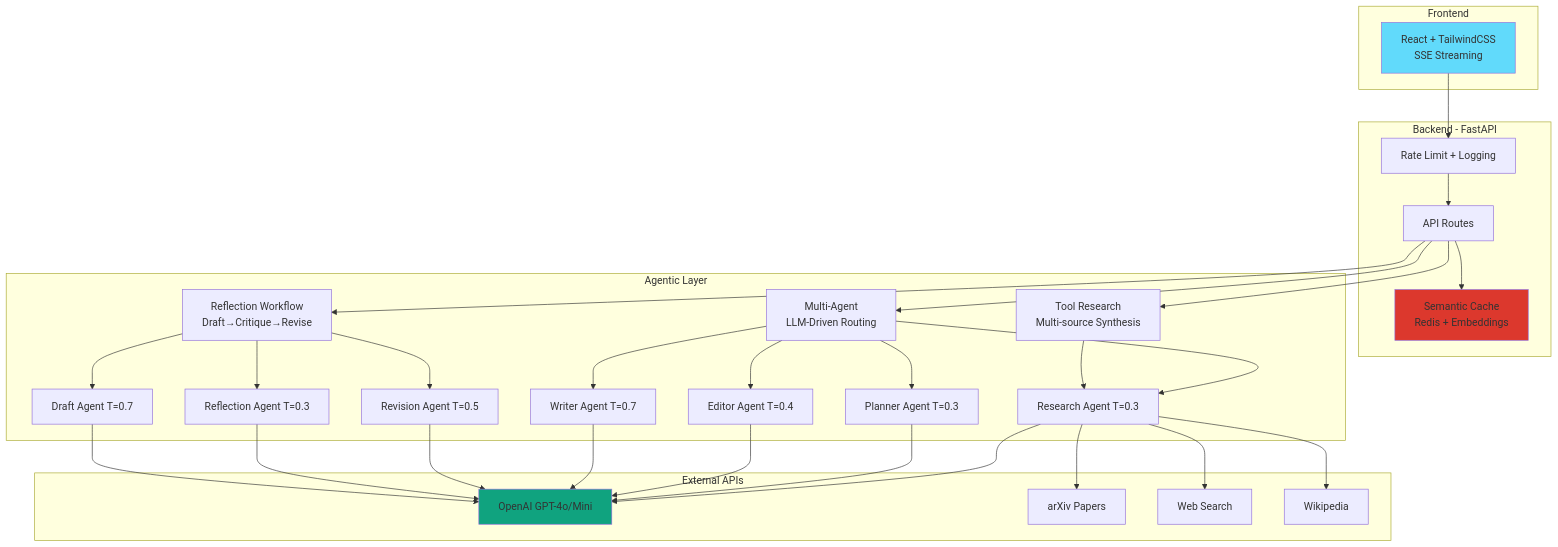
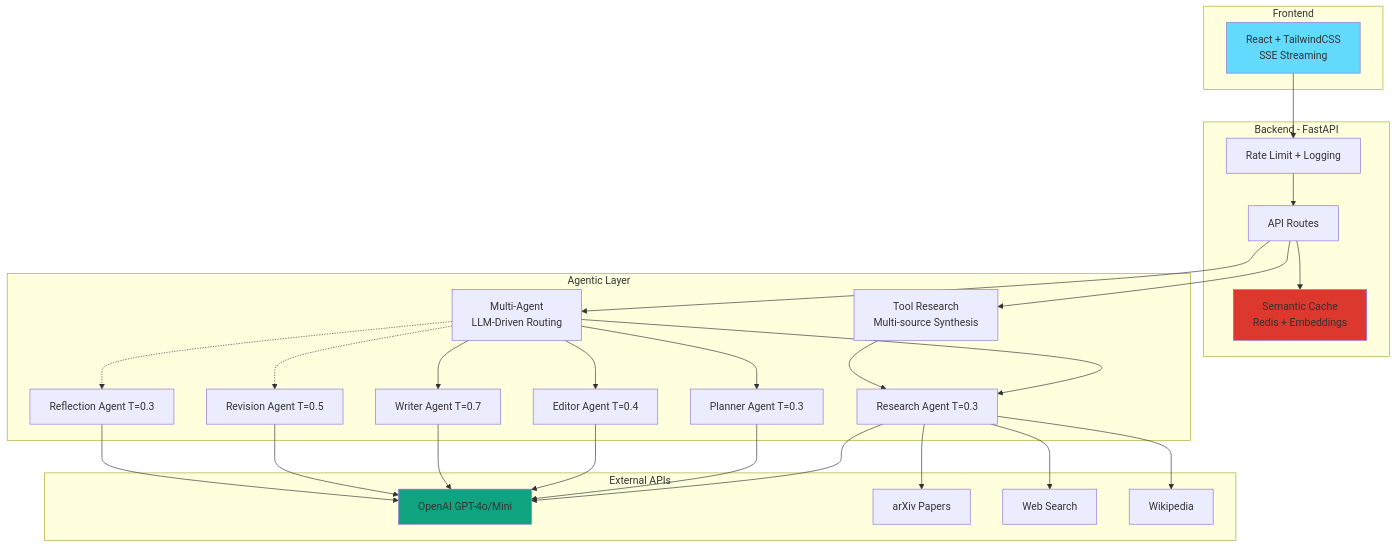
Before and after one commit to asall94/agentic-ai-research-platform: the diagram in README.md, drawn with Mermaid. The commit also changed other lines of this file and 11 other files, not shown here.

````diff
--- a/README.md
+++ b/README.md
@@ -42,50 +36,48 @@
 ```mermaid
 graph TB
     subgraph "Frontend"
         UI[React + TailwindCSS<br/>SSE Streaming]
     end
     
     subgraph "Backend - FastAPI"
         API[API Routes]
         CACHE[Semantic Cache<br/>Redis + Embeddings]
         MIDDLEWARE[Rate Limit + Logging]
     end
     
     subgraph "Agentic Layer"
-        WF1[Reflection Workflow<br/>Draft→Critique→Revise]
         WF2[Tool Research<br/>Multi-source Synthesis]
         WF3[Multi-Agent<br/>LLM-Driven Routing]
         
-        DRAFT[Draft Agent T=0.7]
         REFLECT[Reflection Agent T=0.3]
         REVISE[Revision Agent T=0.5]
         RESEARCH[Research Agent T=0.3]
         WRITER[Writer Agent T=0.7]
         EDITOR[Editor Agent T=0.4]
         PLANNER[Planner Agent T=0.3]
     end
     
     subgraph "External APIs"
         OPENAI[OpenAI GPT-4o/Mini]
         ARXIV[arXiv Papers]
         TAVILY[Web Search]
         WIKI[Wikipedia]
     end
     
     UI --> MIDDLEWARE
     MIDDLEWARE --> API
     API --> CACHE
     
-    API --> WF1 & WF2 & WF3
+    API --> WF2 & WF3
     
-    WF1 --> DRAFT & REFLECT & REVISE
     WF2 --> RESEARCH
     WF3 --> PLANNER & RESEARCH & WRITER & EDITOR
+    WF3 -.-> REFLECT & REVISE
     
-    DRAFT & REFLECT & REVISE & WRITER & EDITOR & PLANNER --> OPENAI
+    REFLECT & REVISE & WRITER & EDITOR & PLANNER --> OPENAI
     RESEARCH --> OPENAI & ARXIV & TAVILY & WIKI
     
     style UI fill:#61dafb
     style CACHE fill:#dc382d
     style OPENAI fill:#10a37f
 ```
````
